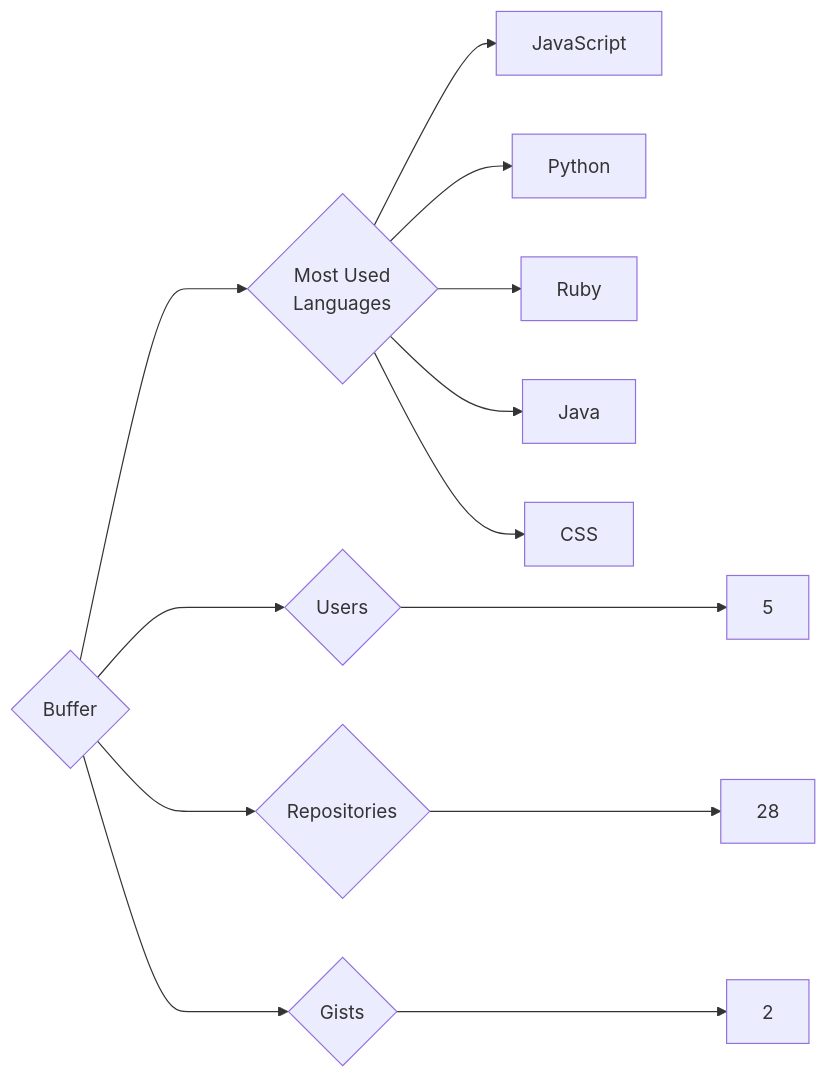
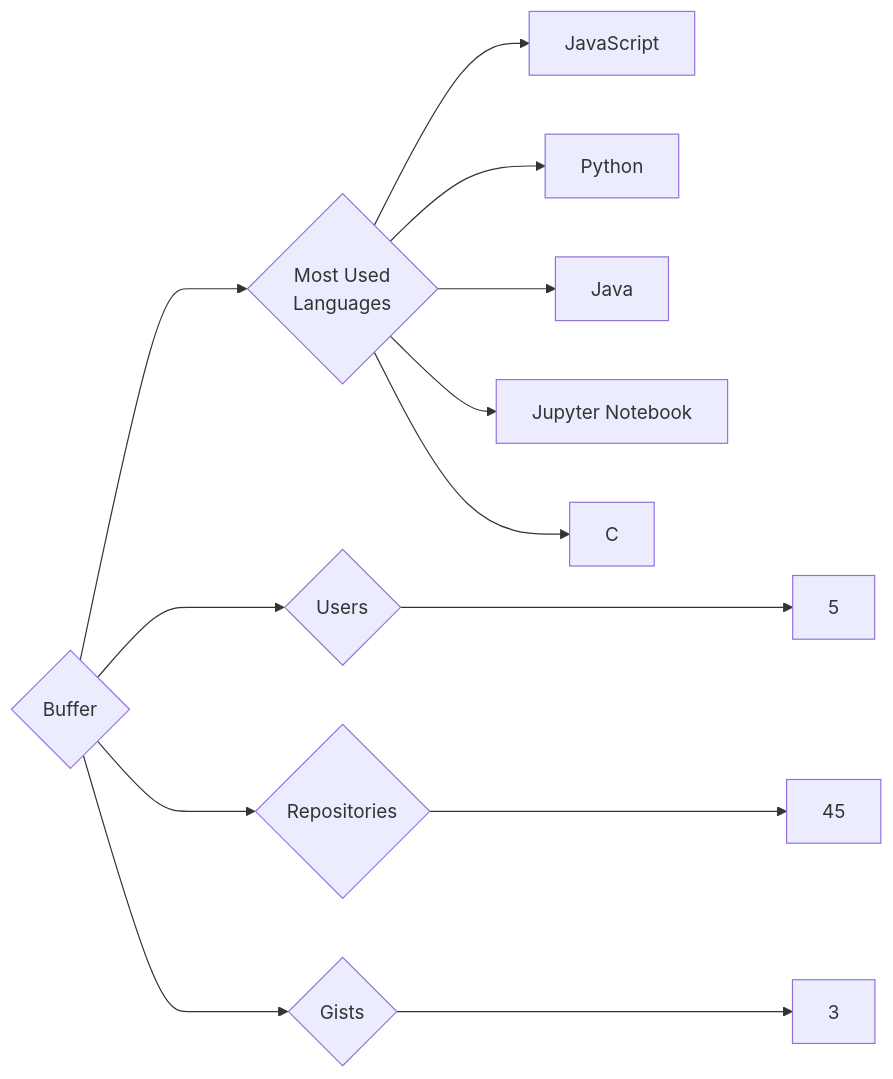
The diagram in targets/Buffer/README.md (trickest/insiders), drawn with Mermaid before and after one commit. The commit also changed 1148 other files, not shown here.

````diff
--- a/targets/Buffer/README.md
+++ b/targets/Buffer/README.md
@@ -3,13 +3,13 @@
 ```mermaid
 graph LR
 COMPANY_NAME{Buffer}
 COMPANY_NAME ---> U{Users} ---> UN[5]
-COMPANY_NAME ---> R{Repositories} ---> RN[28]
-COMPANY_NAME ---> G{Gists} ---> GN[2]
+COMPANY_NAME ---> R{Repositories} ---> RN[45]
+COMPANY_NAME ---> G{Gists} ---> GN[3]
 COMPANY_NAME ---> ML{Most Used<br>Languages}
 ML --> JavaScript[JavaScript]
 ML --> Python[Python]
-ML --> Ruby[Ruby]
 ML --> Java[Java]
-ML --> CSS[CSS]
+ML --> Jupyter_Notebook[Jupyter Notebook]
+ML --> C[C]
 ```
````
